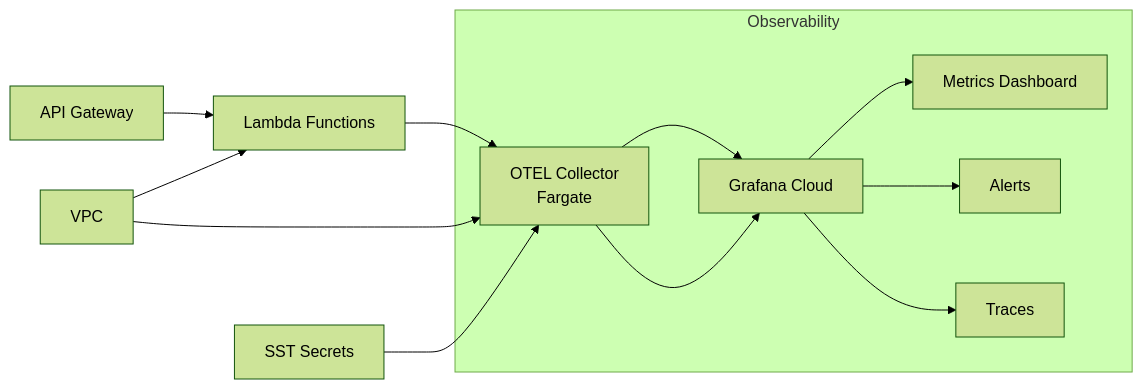
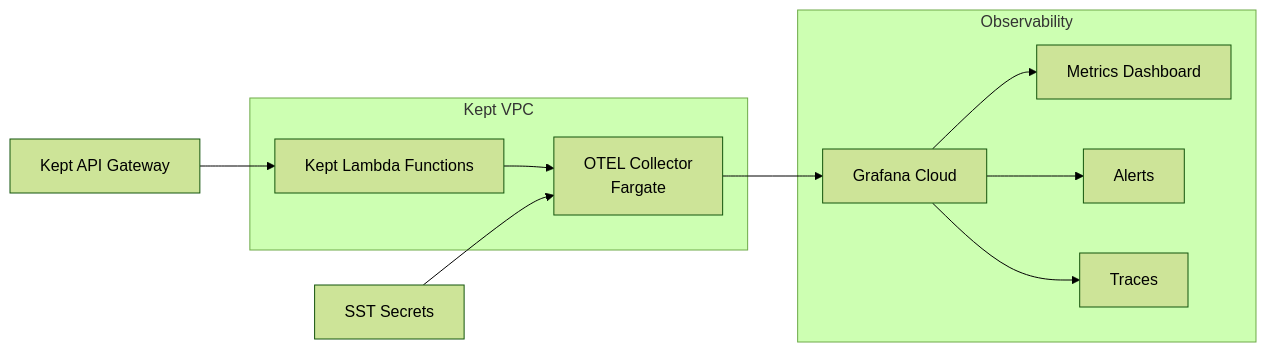
The diagram in readme.md (phasecurve/kept), drawn with Mermaid (forest theme) before and after one commit. The commit also changed other lines of this file, not shown here.

Commit message:
docs: improve architecture diagram and add live system links
- Fix VPC representation as subgraph containing Lambda and Collector
- Rename components with 'Kept' prefix for clarity
- Add Live System section with health check endpoint and public Grafana dashboard
- Remove VPC as separate entity since it's a network boundary

````diff
--- a/readme.md
+++ b/readme.md
@@ -9,18 +9,19 @@
 ```mermaid
 graph LR
-    A[API Gateway] --> B[Lambda Functions]
+    A[Kept API Gateway] --> B[Kept Lambda Functions]
     B --> C[OTEL Collector<br/>Fargate]
     C --> D[Grafana Cloud]
     
-    E[VPC] --> B
-    E --> C
-    
     F[SST Secrets] --> C
     
+    subgraph "Kept VPC"
+        B
+        C
+    end
+    
     subgraph "Observability"
-        C --> D
         D --> G[Metrics Dashboard]
         D --> H[Alerts]
         D --> I[Traces]
     end
 ```
````
